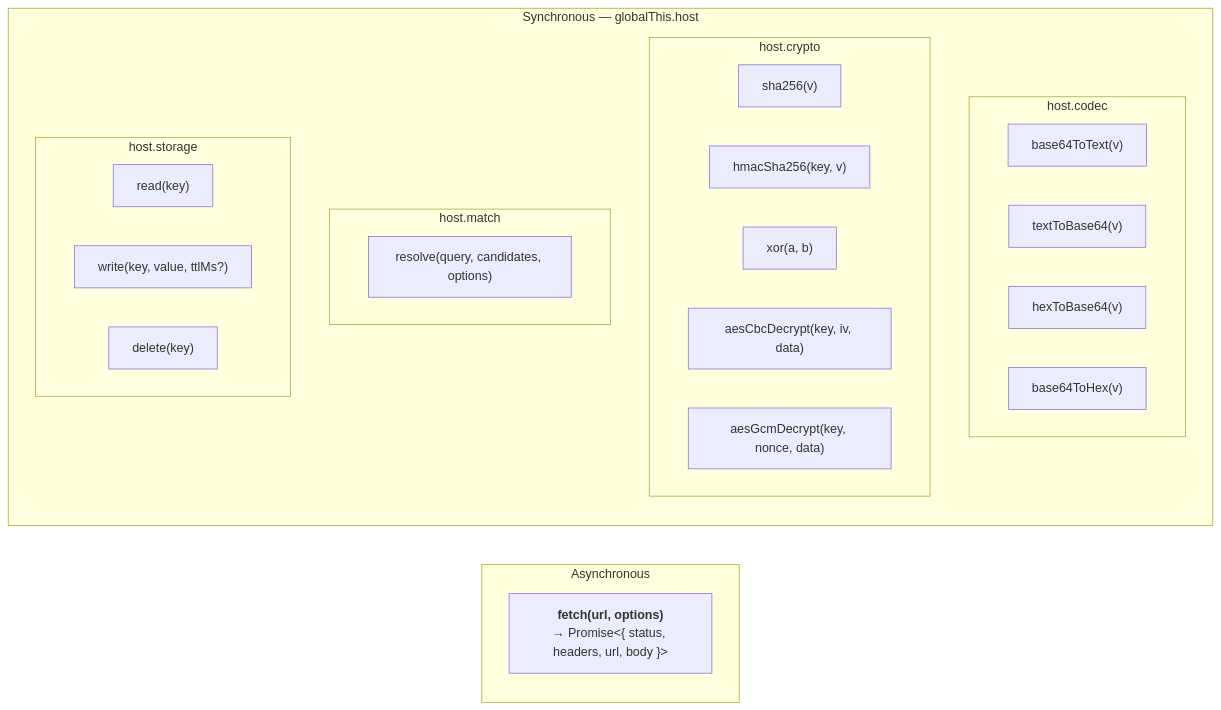
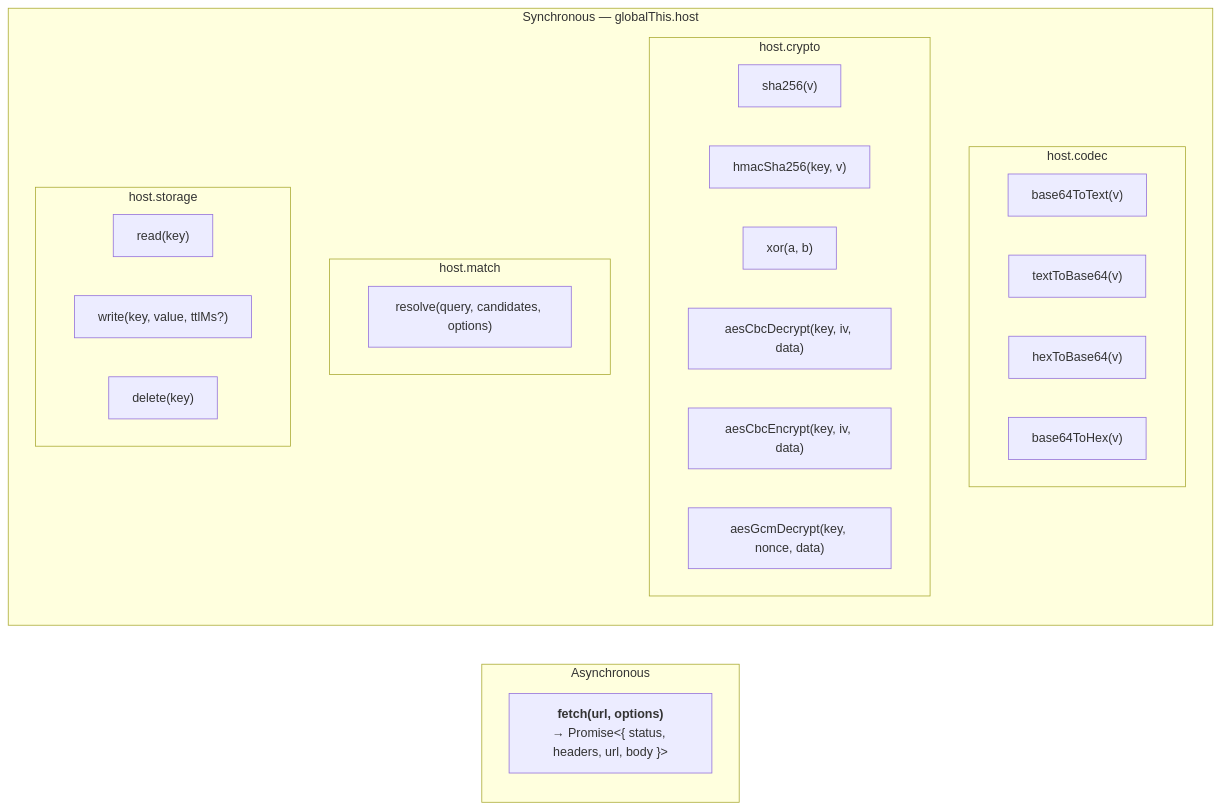
Before and after one commit to nimbusfvck/fvcksubs: the fourth of 6 diagrams in docs/03-js-bridge.md, drawn with Mermaid. The commit also changed other lines of this file and 27 other files, not shown here.

````diff
--- a/docs/03-js-bridge.md
+++ b/docs/03-js-bridge.md
@@ -205,30 +205,31 @@
 ```mermaid
 flowchart LR
     subgraph ASYNC["Asynchronous"]
         F["<b>fetch(url, options)</b><br/>→ Promise&lt;{ status, headers, url, body }&gt;"]
     end
 
     subgraph SYNC["Synchronous — globalThis.host"]
         subgraph C["host.codec"]
             C1["base64ToText(v)"]
             C2["textToBase64(v)"]
             C3["hexToBase64(v)"]
             C4["base64ToHex(v)"]
         end
         subgraph K["host.crypto"]
             K1["sha256(v)"]
             K2["hmacSha256(key, v)"]
             K3["xor(a, b)"]
             K4["aesCbcDecrypt(key, iv, data)"]
+            K6["aesCbcEncrypt(key, iv, data)"]
             K5["aesGcmDecrypt(key, nonce, data)"]
         end
         subgraph M["host.match"]
             M1["resolve(query, candidates, options)"]
         end
         subgraph S["host.storage"]
             S1["read(key)"]
             S2["write(key, value, ttlMs?)"]
             S3["delete(key)"]
         end
     end
 ```
````
